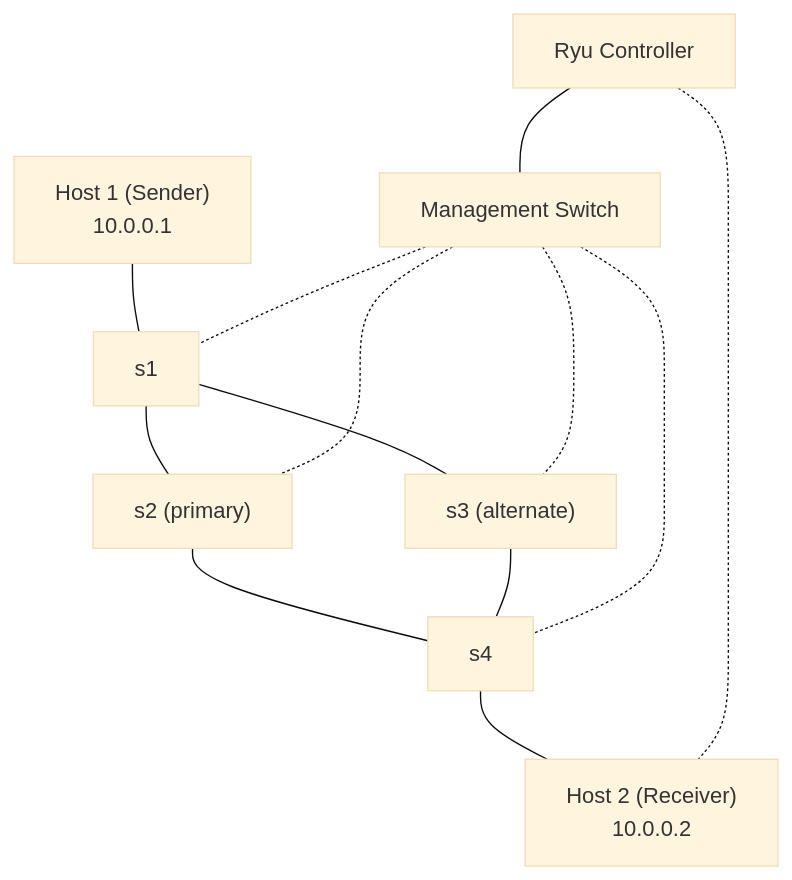
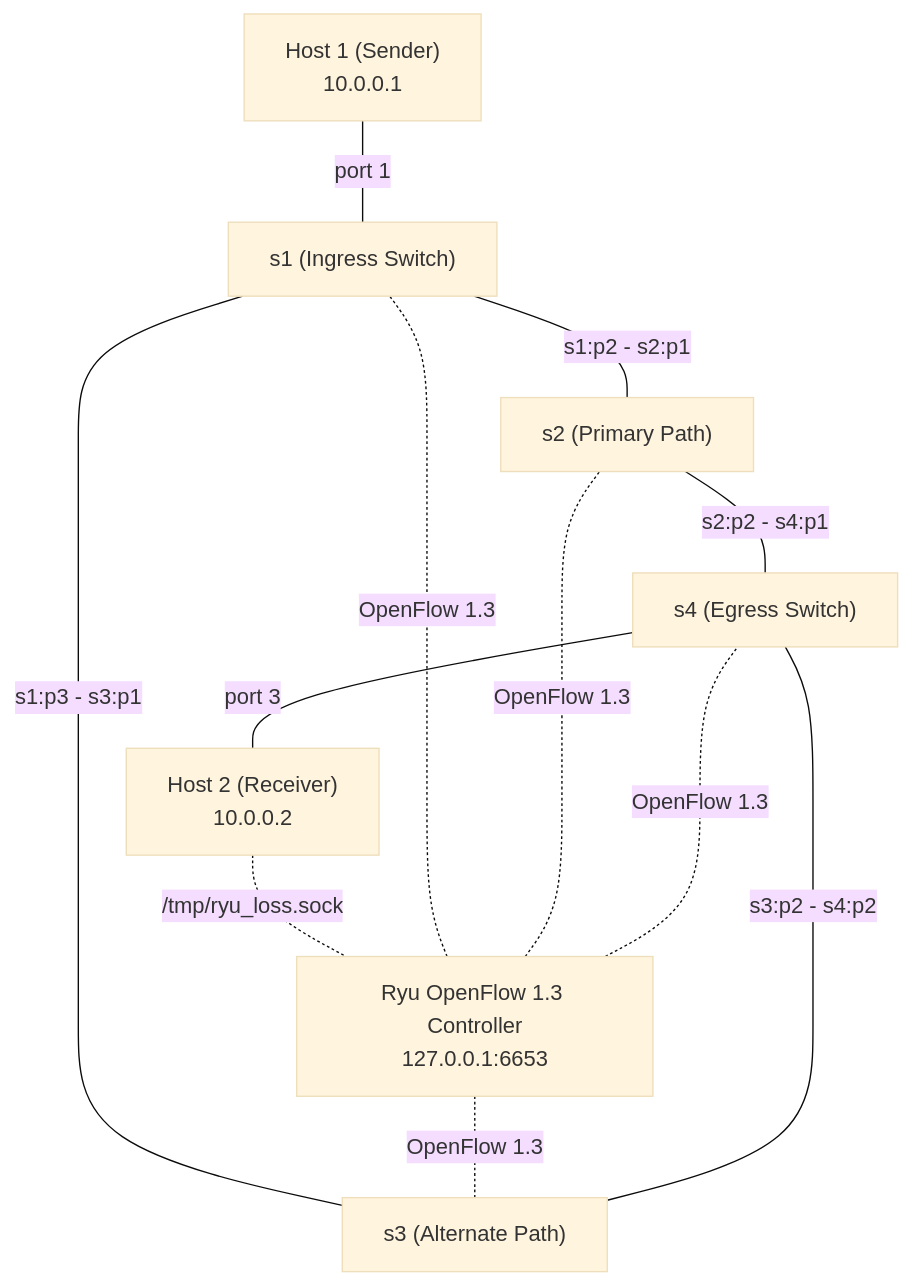
One commit to AvidCoder08/CN_Mini_Project changed the diagram in README.md. Above: the diagram before and after it, drawn with Mermaid (base theme). The commit also changed other lines of this file and 15 other files, not shown here.

````diff
--- a/README.md
+++ b/README.md
@@ -20,27 +21,25 @@
 ```mermaid
 graph TD
     H1["Host 1 (Sender)<br/>10.0.0.1"]
     H2["Host 2 (Receiver)<br/>10.0.0.2"]
-    S1["s1"]
-    S2["s2 (primary)"]
-    S3["s3 (alternate)"]
-    S4["s4"]
-    MS["Management Switch"]
-    C["Ryu Controller"]
+    S1["s1 (Ingress Switch)"]
+    S2["s2 (Primary Path)"]
+    S3["s3 (Alternate Path)"]
+    S4["s4 (Egress Switch)"]
+    C["Ryu OpenFlow 1.3 Controller<br/>127.0.0.1:6653"]
 
     %% Data plane (solid)
-    H1 --- S1
-    S1 --- S2
-    S1 --- S3
-    S2 --- S4
-    S3 --- S4
-    S4 --- H2
+    H1 ---|"port 1"| S1
+    S1 ---|"s1:p2 - s2:p1"| S2
+    S1 ---|"s1:p3 - s3:p1"| S3
+    S2 ---|"s2:p2 - s4:p1"| S4
+    S3 ---|"s3:p2 - s4:p2"| S4
+    S4 ---|"port 3"| H2
 
-    %% Control plane (dashed)
-    MS -.- S1
-    MS -.- S2
-    MS -.- S3
-    MS -.- S4
-    C --- MS
-    C -.- H2
+    %% Control & telemetry plane (dashed)
+    C -.-|"OpenFlow 1.3"| S1
+    C -.-|"OpenFlow 1.3"| S2
+    C -.-|"OpenFlow 1.3"| S3
+    C -.-|"OpenFlow 1.3"| S4
+    H2 -.-|"/tmp/ryu_loss.sock"| C
 ```
````
